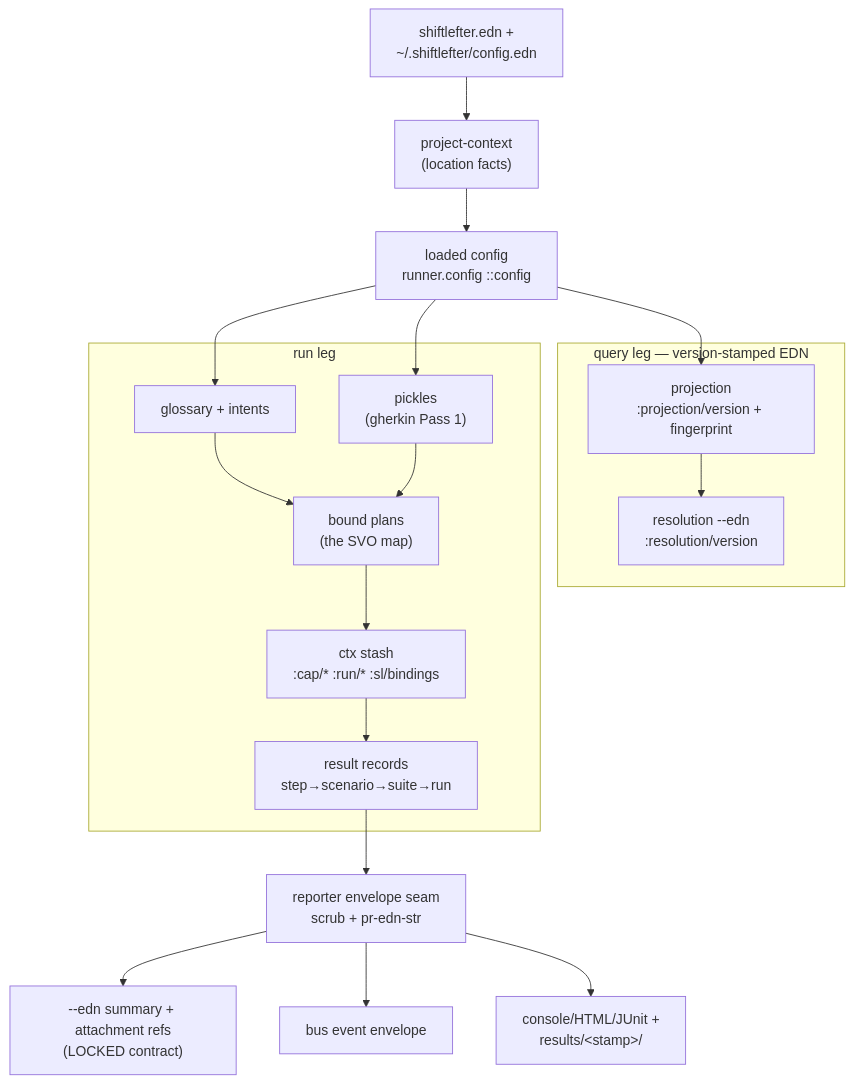
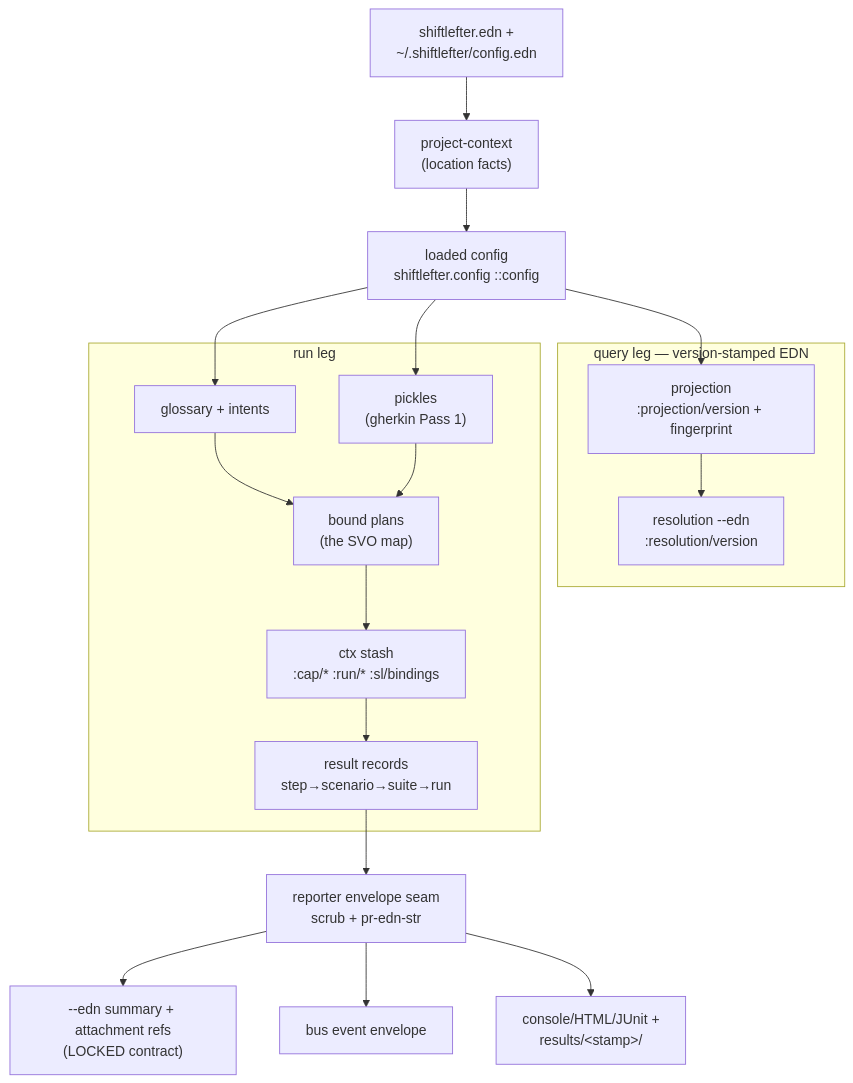
One commit to SHIFT-LEFTER/shiftlefter changed the diagram in docs/architecture/data-shapes.md. Above: the diagram before and after it, drawn with Mermaid. The commit also changed other lines of this file and 127 other files, not shown here.

Commit message:
Release v0.5.6 - Never lie after the run: error-class contract, observation-carrying polls, generated architecture pages

````diff
--- a/docs/architecture/data-shapes.md
+++ b/docs/architecture/data-shapes.md
@@ -30,30 +36,30 @@
 ```mermaid
 graph TD
     EDN["shiftlefter.edn +<br/>~/.shiftlefter/config.edn"] --> PC["project-context<br/>(location facts)"]
-    PC --> CFG["loaded config<br/>runner.config ::config"]
+    PC --> CFG["loaded config<br/>shiftlefter.config ::config"]
 
     subgraph QUERY["query leg — version-stamped EDN"]
         PROJ["projection<br/>:projection/version + fingerprint"]
         RESOUT["resolution --edn<br/>:resolution/version"]
         PROJ --> RESOUT
     end
     CFG --> PROJ
 
     subgraph RUNLEG["run leg"]
         GLOSS["glossary + intents"]
         PICKLES["pickles<br/>(gherkin Pass 1)"]
         BIND["bound plans<br/>(the SVO map)"]
         CTX["ctx stash<br/>:cap/* :run/* :sl/bindings"]
         RESULTS["result records<br/>step→scenario→suite→run"]
         GLOSS --> BIND
         PICKLES --> BIND
         BIND --> CTX --> RESULTS
     end
     CFG --> GLOSS
     CFG --> PICKLES
 
     RESULTS --> SEAM["reporter envelope seam<br/>scrub + pr-edn-str"]
     SEAM --> SUMMARY["--edn summary + attachment refs<br/>(LOCKED contract)"]
     SEAM --> BUS["bus event envelope"]
     SEAM --> REPORTS["console/HTML/JUnit +<br/>results/&lt;stamp&gt;/"]
 ```
````
